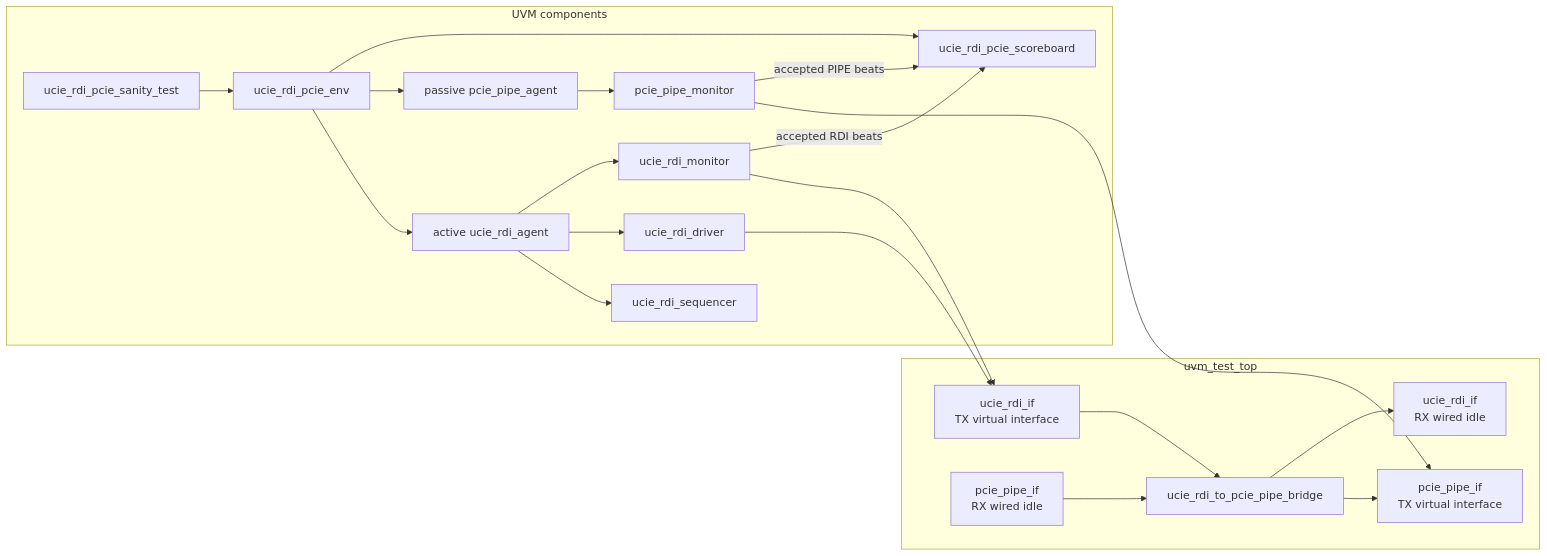
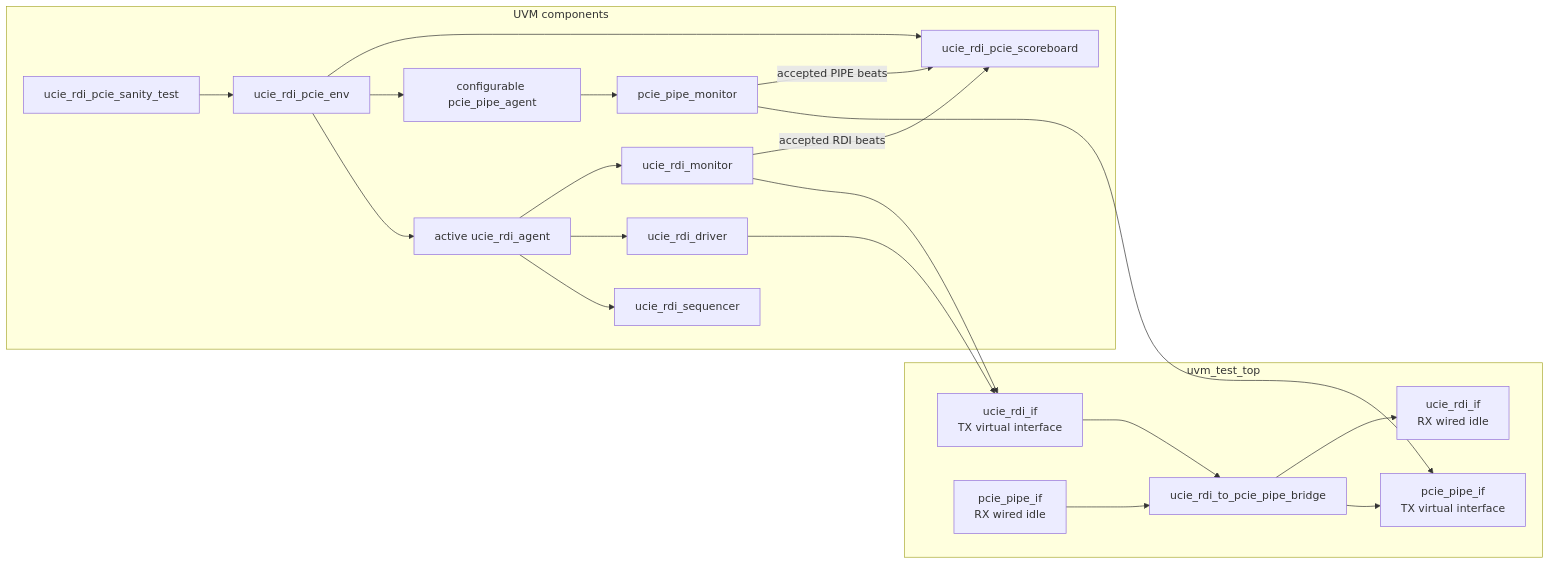
Before and after one commit to markrthomas/IP-ucie-rdi-to-pcie-pipe: the first of 2 diagrams in docs/uvm_verification.md, drawn with Mermaid. The commit also changed other lines of this file and 5 other files, not shown here.

````diff
--- a/docs/uvm_verification.md
+++ b/docs/uvm_verification.md
@@ -19,40 +19,40 @@
 ```mermaid
 flowchart LR
     subgraph TOP[uvm_test_top]
         RDI_IF[ucie_rdi_if\nTX virtual interface]
         PIPE_IF[pcie_pipe_if\nTX virtual interface]
         RX_RDI_IF[ucie_rdi_if\nRX wired idle]
         RX_PIPE_IF[pcie_pipe_if\nRX wired idle]
         DUT[ucie_rdi_to_pcie_pipe_bridge]
     end
 
     subgraph UVM[UVM components]
         TEST[ucie_rdi_pcie_sanity_test]
         ENV[ucie_rdi_pcie_env]
         RDI_AGENT[active ucie_rdi_agent]
         RDI_SQR[ucie_rdi_sequencer]
         RDI_DRV[ucie_rdi_driver]
         RDI_MON[ucie_rdi_monitor]
-        PIPE_AGENT[passive pcie_pipe_agent]
+        PIPE_AGENT[configurable pcie_pipe_agent]
         PIPE_MON[pcie_pipe_monitor]
         SB[ucie_rdi_pcie_scoreboard]
     end
 
     TEST --> ENV
     ENV --> RDI_AGENT
     ENV --> PIPE_AGENT
     ENV --> SB
     RDI_AGENT --> RDI_SQR
     RDI_AGENT --> RDI_DRV
     RDI_AGENT --> RDI_MON
     PIPE_AGENT --> PIPE_MON
     RDI_DRV --> RDI_IF
     RDI_MON --> RDI_IF
     PIPE_MON --> PIPE_IF
     RDI_IF --> DUT
     DUT --> PIPE_IF
     RX_PIPE_IF --> DUT
     DUT --> RX_RDI_IF
     RDI_MON -- accepted RDI beats --> SB
     PIPE_MON -- accepted PIPE beats --> SB
 ```
````
